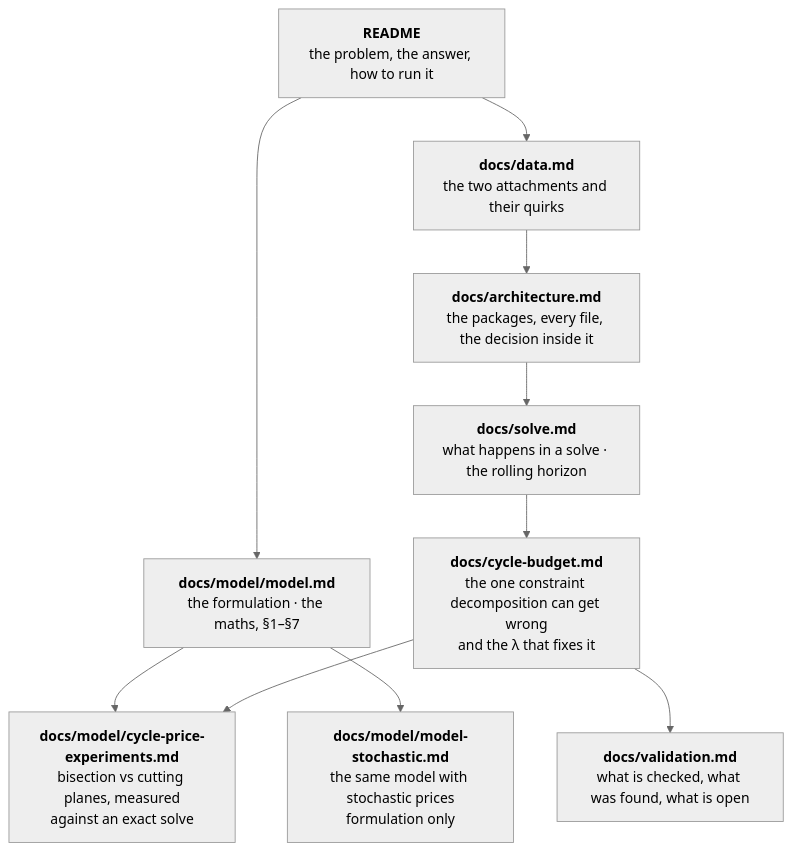
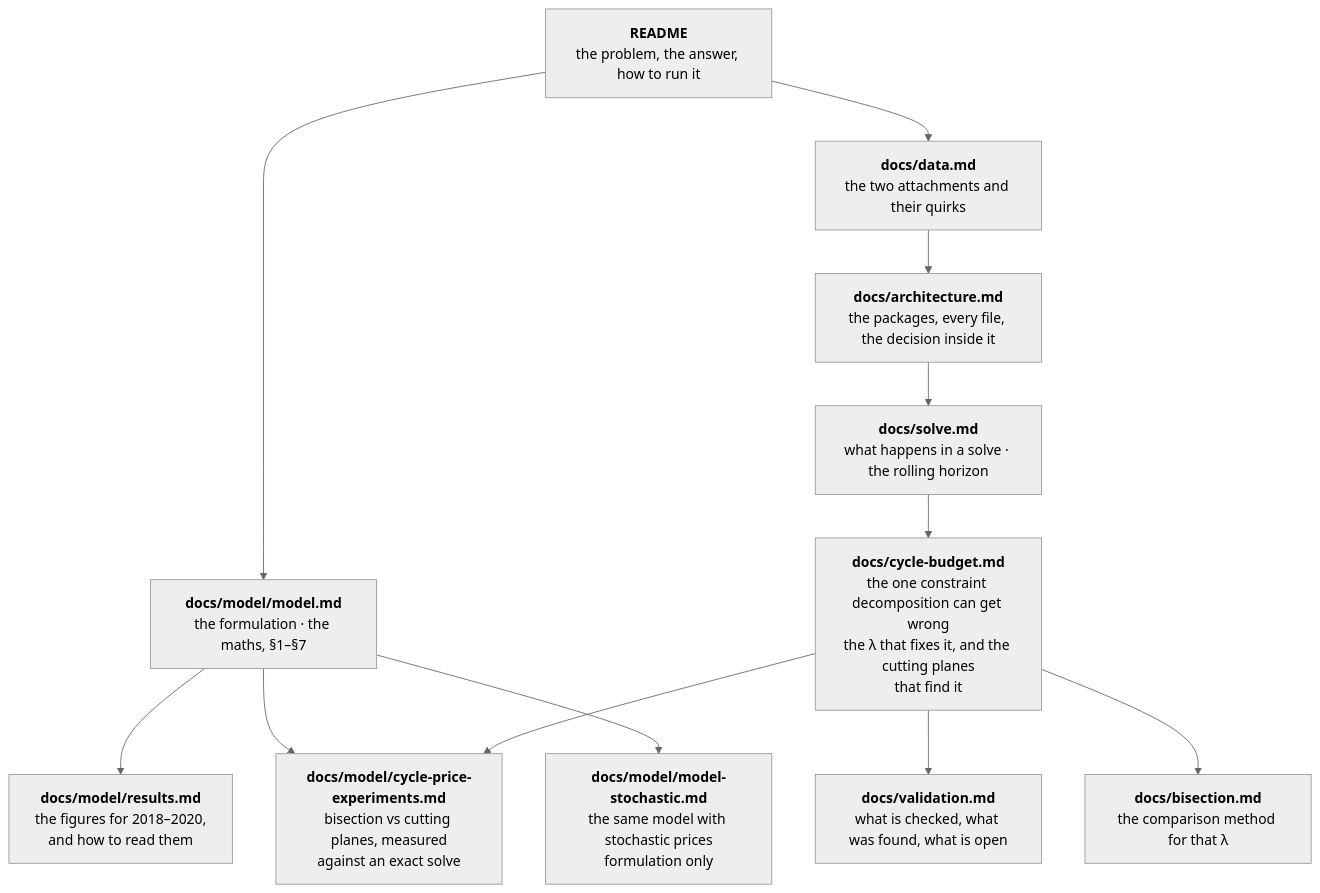
One commit to GuilhermePFM/BatteryCase changed the second of 2 diagrams in README.md. Above: the diagram before and after it, drawn with Mermaid (neutral theme). The commit also changed other lines of this file and 8 other files, not shown here.

````diff
--- a/README.md
+++ b/README.md
@@ -110,18 +110,22 @@
 ```mermaid
 flowchart TD
     R["<b>README</b><br/>the problem, the answer, how to run it"]
     M["<b>docs/model/model.md</b><br/>the formulation · the maths, §1–§7"]
     D["<b>docs/data.md</b><br/>the two attachments and their quirks"]
     A["<b>docs/architecture.md</b><br/>the packages, every file, the decision inside it"]
     S["<b>docs/solve.md</b><br/>what happens in a solve · the rolling horizon"]
-    C["<b>docs/cycle-budget.md</b><br/>the one constraint decomposition can get wrong<br/>and the λ that fixes it"]
+    C["<b>docs/cycle-budget.md</b><br/>the one constraint decomposition can get wrong<br/>the λ that fixes it, and the cutting planes<br/>that find it"]
+    B["<b>docs/bisection.md</b><br/>the comparison method for that λ"]
+    RE["<b>docs/model/results.md</b><br/>the figures for 2018–2020,<br/>and how to read them"]
     X["<b>docs/model/cycle-price-experiments.md</b><br/>bisection vs cutting planes, measured<br/>against an exact solve"]
     ST["<b>docs/model/model-stochastic.md</b><br/>the same model with stochastic prices<br/>formulation only"]
     V["<b>docs/validation.md</b><br/>what is checked, what was found, what is open"]
 
     R --> M
     R --> D --> A --> S --> C --> V
+    M --> RE
     M --> X
     C --> X
+    C --> B
     M --> ST
 ```
````
